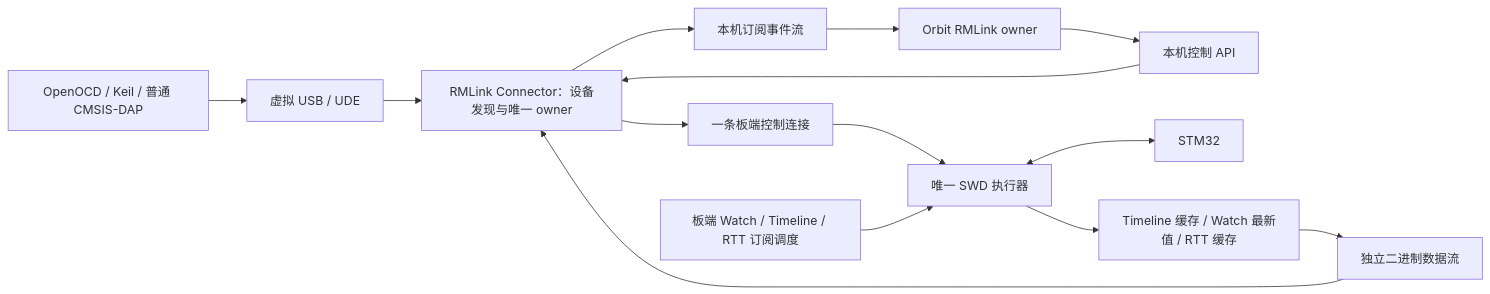
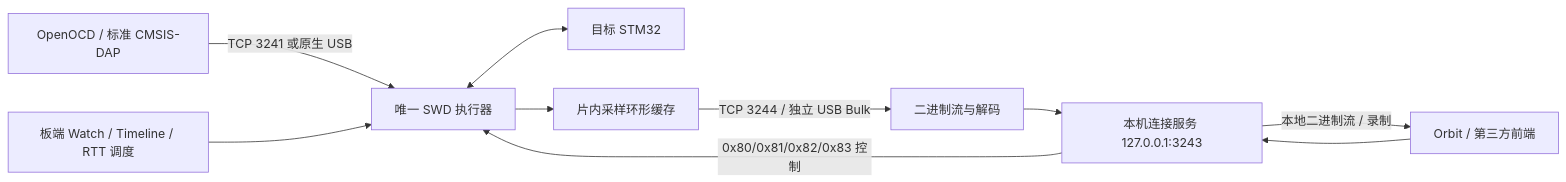
The diagram in docs/subscription-design.md (zhuangyan114/RMLink), drawn with Mermaid before and after one commit. The commit also changed other lines of this file and 11 other files, not shown here.

````diff
--- a/docs/subscription-design.md
+++ b/docs/subscription-design.md
@@ -44,16 +13,12 @@
 ```mermaid
 flowchart LR
-  Standard[OpenOCD / Keil / 普通 CMSIS-DAP] --> VUSB[虚拟 USB / UDE]
-  VUSB --> Connector[RMLink Connector：设备发现与唯一 owner]
-  Orbit[Orbit RMLink owner] --> API[本机控制 API]
-  API --> Connector
-  Connector --> Control[一条板端控制连接]
-  Control --> Executor[唯一 SWD 执行器]
-  Subs[板端 Watch / Timeline / RTT 订阅调度] --> Executor
-  Executor <--> STM32[STM32]
-  Executor --> Buffers[Timeline 缓存 / Watch 最新值 / RTT 缓存]
-  Buffers --> Stream[独立二进制数据流]
-  Stream --> Connector
-  Connector --> Events[本机订阅事件流]
-  Events --> Orbit
+  Standard[OpenOCD / 标准 CMSIS-DAP] -->|TCP 3241 或原生 USB| Executor[唯一 SWD 执行器]
+  Orbit[Orbit / 第三方前端] --> API[本机连接服务 127.0.0.1:3243]
+  API -->|0x80/0x81/0x82/0x83 控制| Executor
+  Subs[板端 Watch / Timeline / RTT 调度] --> Executor
+  Executor <--> STM32[目标 STM32]
+  Executor --> Buffers[片内采样环形缓存]
+  Buffers -->|TCP 3244 / 独立 USB Bulk| Stream[二进制流与解码]
+  Stream --> API
+  API -->|本地二进制流 / 录制| Orbit
 ```
````
